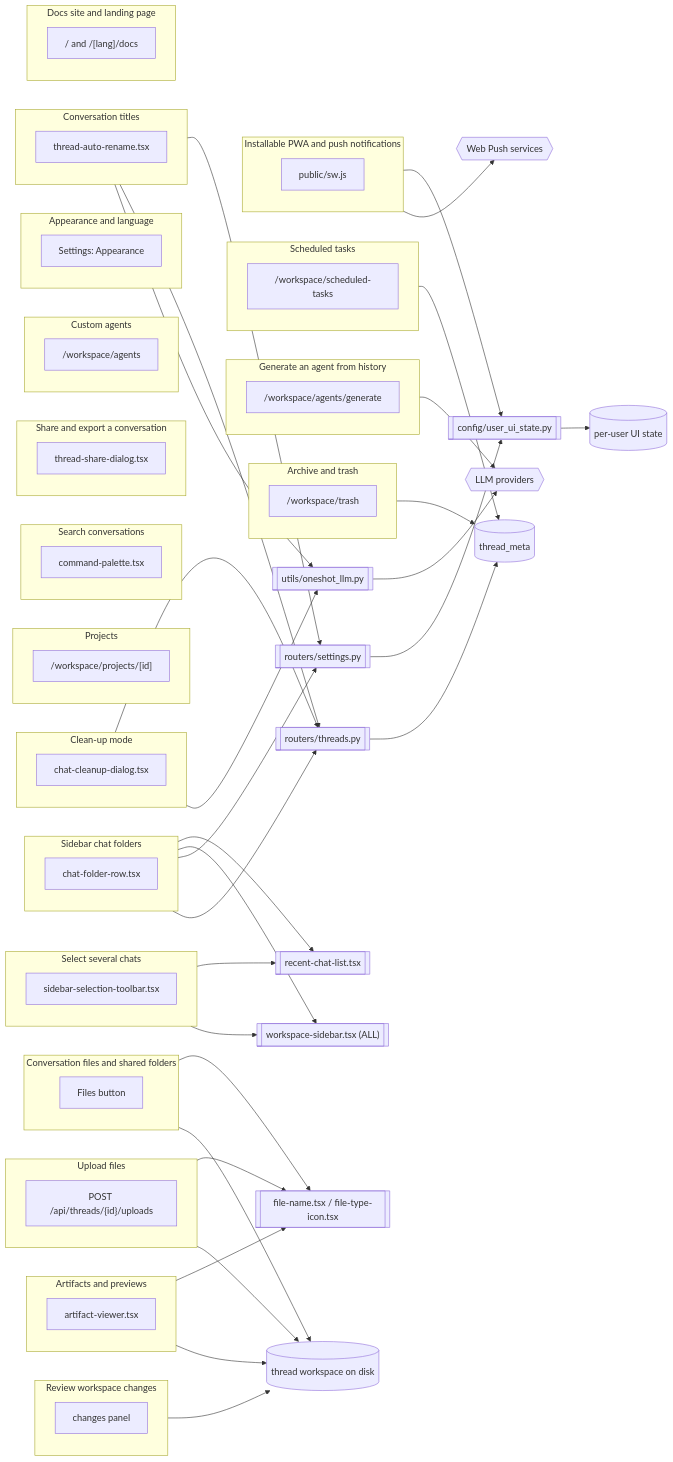
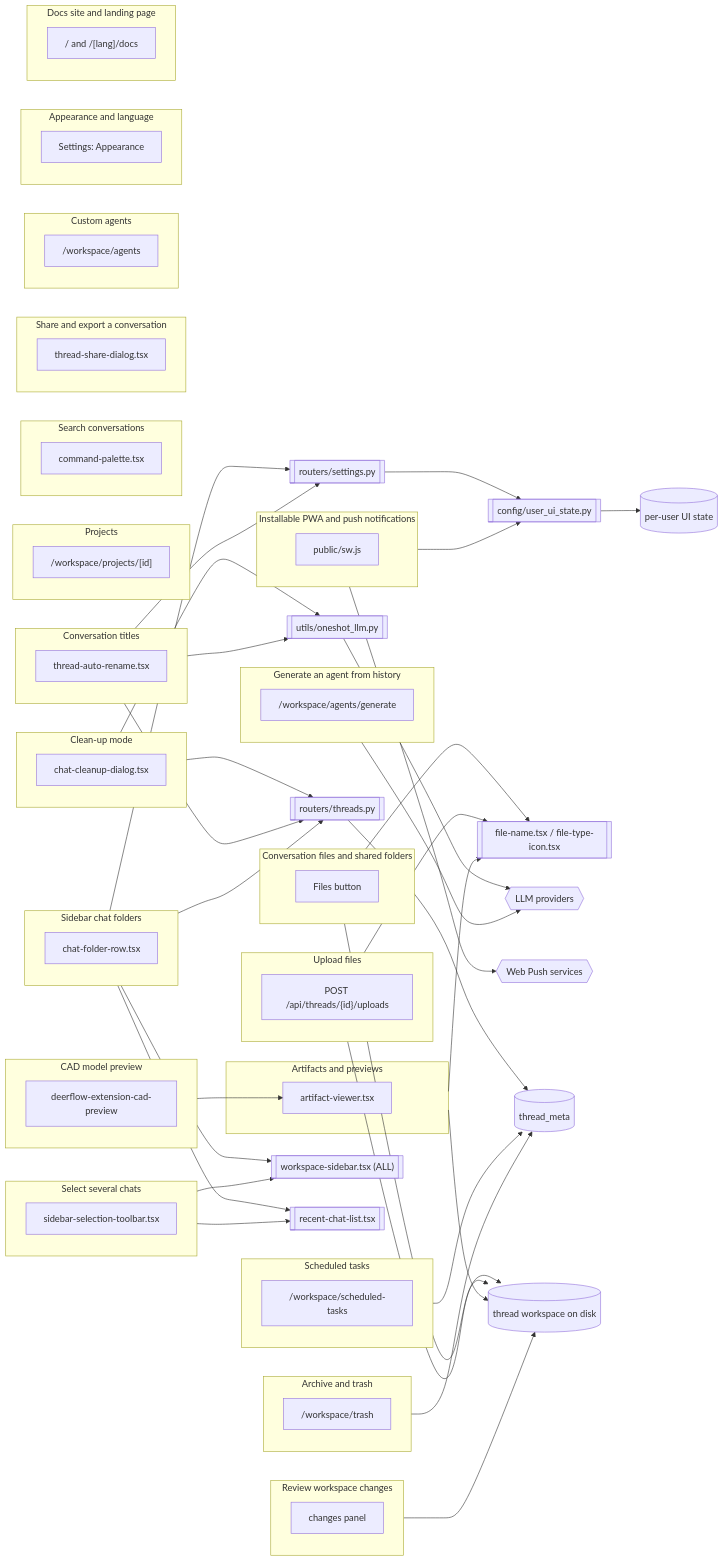
The diagram in docs/repo-map/sidebar-and-workspace.md (ivan-skvorc/AI-at-home), drawn with Mermaid before and after one commit. The commit also changed other lines of this file and 237 other files, not shown here.

First line of the commit message:
feat(cad): CAD roadmap reworked and implemented (#172)

```diff
--- a/docs/repo-map/sidebar-and-workspace.md
+++ b/docs/repo-map/sidebar-and-workspace.md
@@ -22,6 +22,9 @@
   end
   subgraph art [Artifacts and previews]
     artPanel["artifact-viewer.tsx"]
+  end
+  subgraph cadprev [CAD model preview]
+    cadViewer["deerflow-extension-cad-preview"]
   end
   subgraph proj [Projects]
     projPage["/workspace/projects/[id]"]
@@ -91,6 +94,7 @@
   files --> sandboxFs
   upl --> sandboxFs
   art --> sandboxFs
+  cadprev --> artPanel
   changes --> sandboxFs
   pwa --> pushSvc
   sched --> threadMeta
```
